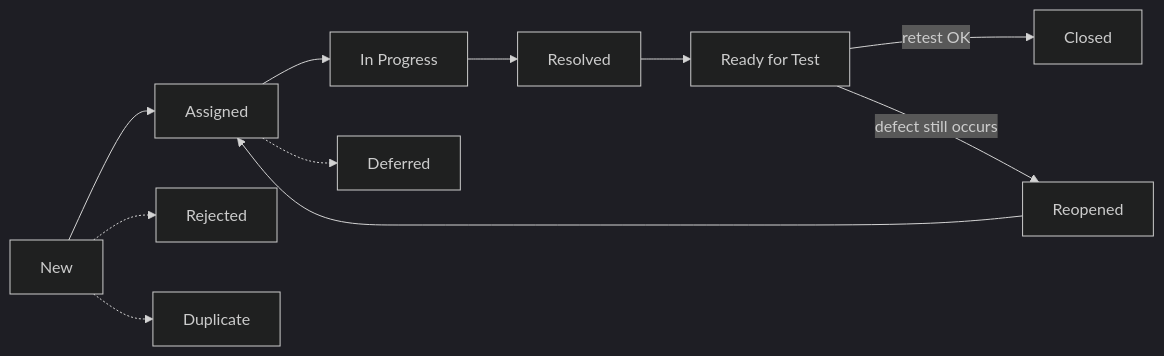
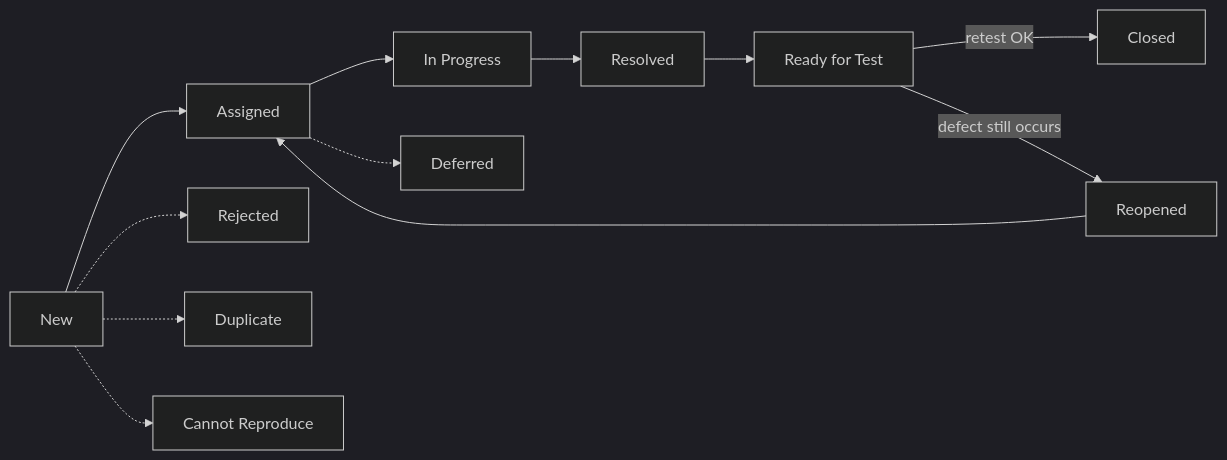
The diagram in docs/fundamentals/test_management.en.md (Finito21/Quality_Assurance), drawn with Mermaid (dark theme) before and after one commit. The commit also changed other lines of this file and 11 other files, not shown here.

````diff
--- a/docs/fundamentals/test_management.en.md
+++ b/docs/fundamentals/test_management.en.md
@@ -107,11 +114,12 @@
 ```mermaid
 flowchart LR
     accTitle: Defect lifecycle
-    accDescr: A new defect is assigned, fixed and sent for a retest. After a successful retest it is closed, after a failed one it is reopened. A report can also be rejected, marked as a duplicate or deferred.
+    accDescr: A new defect is assigned, fixed and sent for a retest. After a successful retest it is closed, after a failed one it is reopened. A report can also be rejected, marked as a duplicate, marked as cannot reproduce or deferred.
     New --> Assigned --> InProgress[In Progress] --> Resolved --> RFT[Ready for Test]
     RFT -->|retest OK| Closed
     RFT -->|defect still occurs| Reopened --> Assigned
     New -.-> Rejected
     New -.-> Duplicate
+    New -.-> CannotReproduce[Cannot Reproduce]
     Assigned -.-> Deferred
 ```
````
